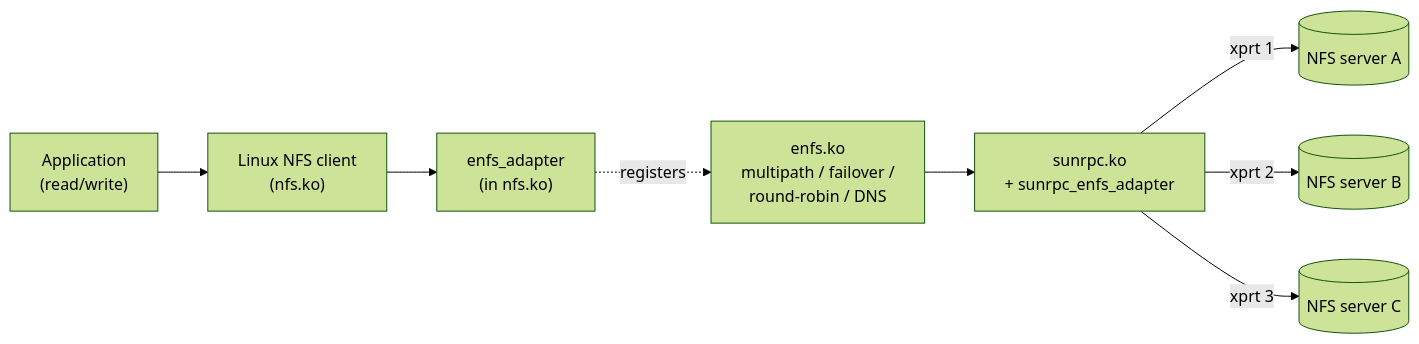
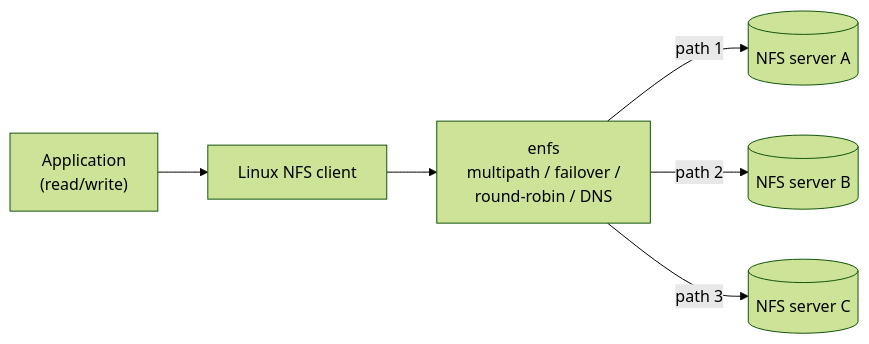
The first of 2 diagrams in README.md (darrenstarr/huaweienfs), drawn with Mermaid (forest theme) before and after one commit. The commit also changed other lines of this file and 386 other files, not shown here.

````diff
--- a/README.md
+++ b/README.md
@@ -35,10 +17,8 @@
 ```mermaid
 flowchart LR
-    App["Application<br/>(read/write)"] --> NFSc["Linux NFS client<br/>(nfs.ko)"]
-    NFSc --> Adapter["enfs_adapter<br/>(in nfs.ko)"]
-    Adapter -. registers .-> Enfs["enfs.ko<br/>multipath / failover /<br/>round-robin / DNS"]
-    Enfs --> SunRPC["sunrpc.ko<br/>+ sunrpc_enfs_adapter"]
-    SunRPC -->|xprt 1| S1[("NFS server A")]
-    SunRPC -->|xprt 2| S2[("NFS server B")]
-    SunRPC -->|xprt 3| S3[("NFS server C")]
+    App["Application<br/>(read/write)"] --> NFSc["Linux NFS client"]
+    NFSc --> Enfs["enfs<br/>multipath / failover /<br/>round-robin / DNS"]
+    Enfs -->|path 1| S1[("NFS server A")]
+    Enfs -->|path 2| S2[("NFS server B")]
+    Enfs -->|path 3| S3[("NFS server C")]
 ```
````
